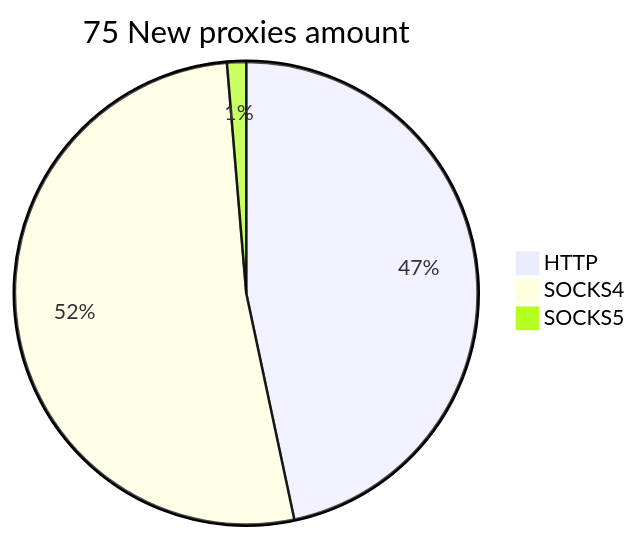
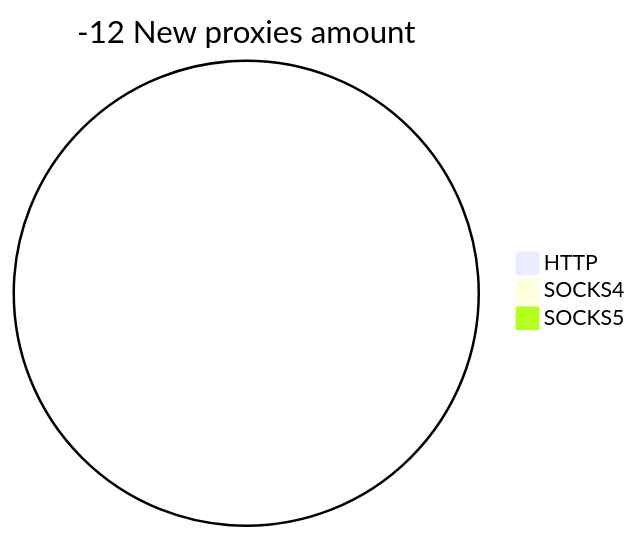
Before and after one commit to cutipu/proxylist: the second of 2 diagrams in README.md, drawn with Mermaid. The commit also changed other lines of this file, not shown here.

````diff
--- a/README.md
+++ b/README.md
@@ -10,6 +10,6 @@
 ```mermaid
-pie title 75 New proxies amount
-    "HTTP" : 35
-    "SOCKS4" : 39
-    "SOCKS5" : 1
+pie title -12 New proxies amount
+    "HTTP" : 0
+    "SOCKS4" : 0
+    "SOCKS5" : 0
 ```
````
